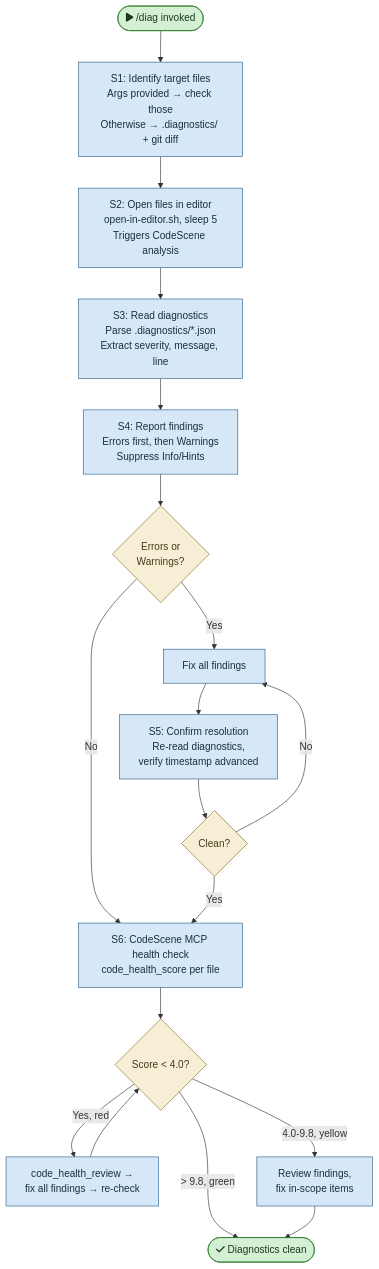
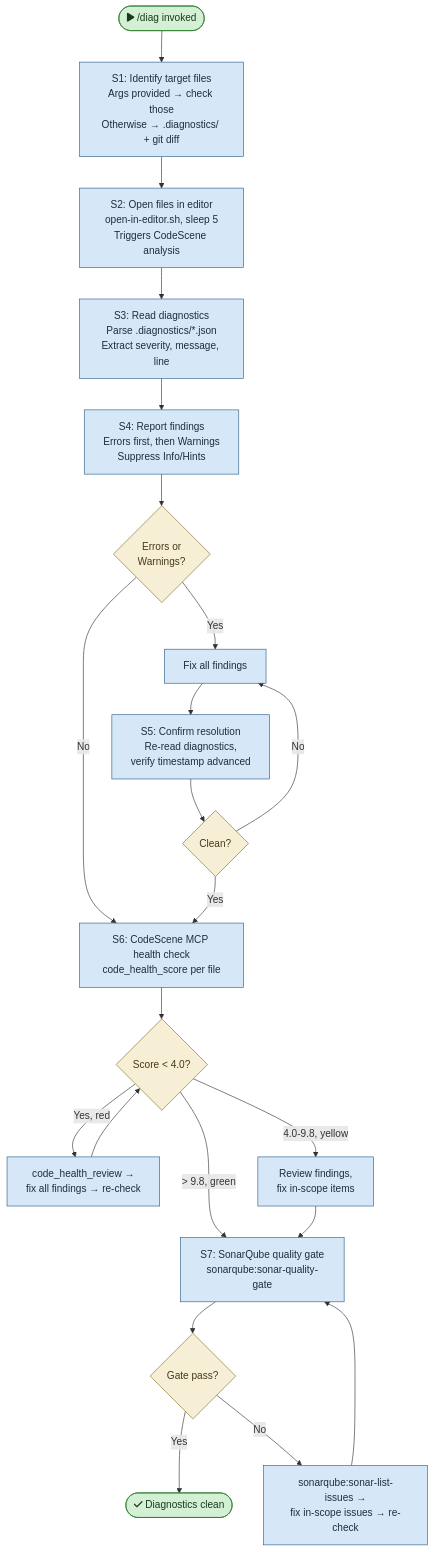
The diagram in plugins/edf/skills/diag/flowchart.md (mironyx/engineering-delivery-framework), drawn with Mermaid before and after one commit. The commit also changed other lines of this file and 2 other files, not shown here.

Commit message:
@ feat: add SonarQube quality gate to /diag (Step 7)
Runs after CodeScene MCP (Step 6). Invokes sonarqube:sonar-quality-gate,
drills into sonarqube:sonar-list-issues on failure. Blocks on new issues,
non-blocking on pre-existing debt. Works independently of editor/worktree.

Bump plugin to 0.8.2.

@

````diff
--- a/plugins/edf/skills/diag/flowchart.md
+++ b/plugins/edf/skills/diag/flowchart.md
@@ -5,36 +5,43 @@
 ```mermaid
 flowchart TD
     START(["fa:fa-play /diag invoked"]) --> S1
 
     S1["S1: Identify target files<br/>Args provided → check those<br/>Otherwise → .diagnostics/ + git diff"] --> S2
 
     S2["S2: Open files in editor<br/>open-in-editor.sh, sleep 5<br/>Triggers CodeScene analysis"] --> S3
 
     S3["S3: Read diagnostics<br/>Parse .diagnostics/*.json<br/>Extract severity, message, line"] --> S4
 
     S4["S4: Report findings<br/>Errors first, then Warnings<br/>Suppress Info/Hints"] --> S4_CHK{"Errors or<br/>Warnings?"}
     S4_CHK -->|"No"| S6
     S4_CHK -->|"Yes"| S4_FIX["Fix all findings"]
 
     S4_FIX --> S5["S5: Confirm resolution<br/>Re-read diagnostics,<br/>verify timestamp advanced"]
     S5 --> S5_CHK{"Clean?"}
     S5_CHK -->|"No"| S4_FIX
     S5_CHK -->|"Yes"| S6
 
     S6["S6: CodeScene MCP health check<br/>code_health_score per file"] --> S6_CHK{"Score < 4.0?"}
     S6_CHK -->|"Yes, red"| S6_FIX["code_health_review →<br/>fix all findings → re-check"]
     S6_CHK -->|"4.0-9.8, yellow"| S6_REVIEW["Review findings,<br/>fix in-scope items"]
-    S6_CHK -->|"> 9.8, green"| DONE
+    S6_CHK -->|"> 9.8, green"| S7
 
     S6_FIX --> S6_CHK
-    S6_REVIEW --> DONE(["fa:fa-check Diagnostics clean"])
+    S6_REVIEW --> S7
+
+    S7["S7: SonarQube quality gate<br/>sonarqube:sonar-quality-gate"] --> S7_CHK{"Gate pass?"}
+    S7_CHK -->|"Yes"| DONE
+    S7_CHK -->|"No"| S7_FIX["sonarqube:sonar-list-issues →<br/>fix in-scope issues → re-check"]
+    S7_FIX --> S7
+
+    DONE(["fa:fa-check Diagnostics clean"])
 
     %% ── Styles ──
     classDef startend fill:#d4f0d4,stroke:#2d7d2d,color:#1a3a1a
     classDef process fill:#d6e8f7,stroke:#2d5f8a,color:#1a2f44
     classDef decision fill:#f7eed6,stroke:#8a6d2d,color:#443a1a
 
     class START,DONE startend
-    class S1,S2,S3,S4,S4_FIX,S5,S6,S6_FIX,S6_REVIEW process
-    class S4_CHK,S5_CHK,S6_CHK decision
+    class S1,S2,S3,S4,S4_FIX,S5,S6,S6_FIX,S6_REVIEW,S7,S7_FIX process
+    class S4_CHK,S5_CHK,S6_CHK,S7_CHK decision
 ```
````
